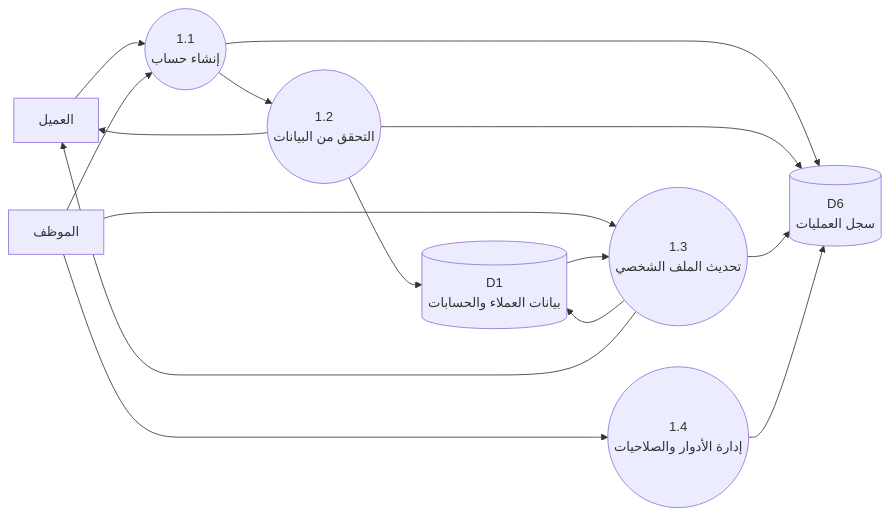
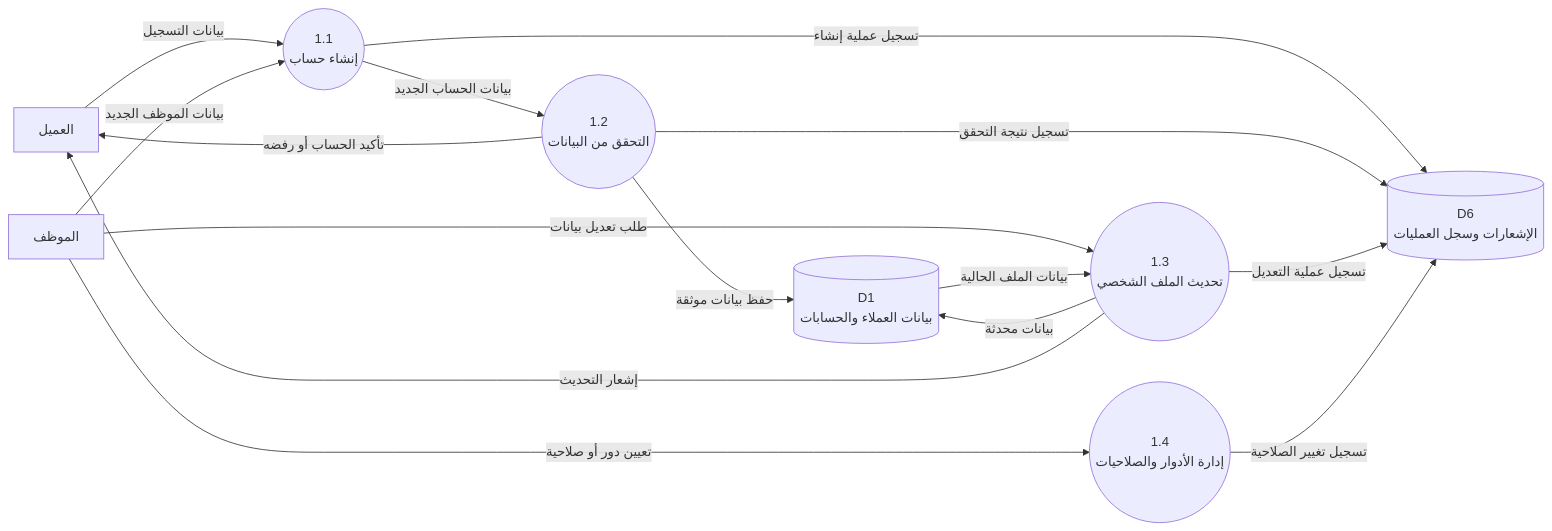
One commit to mosaa65/erp changed the second of 5 diagrams in READMEe.md. Above: the diagram before and after it, drawn with Mermaid. The commit also changed other lines of this file, not shown here.

````diff
--- a/READMEe.md
+++ b/READMEe.md
@@ -102,24 +94,27 @@
 ```mermaid
 flowchart LR
     C[العميل]
     E[الموظف]
     D1[(D1<br/>بيانات العملاء والحسابات)]
-    D6[(D6<br/>سجل العمليات)]
+    D6[(D6<br/>الإشعارات وسجل العمليات)]
 
     P11((1.1<br/>إنشاء حساب))
     P12((1.2<br/>التحقق من البيانات))
     P13((1.3<br/>تحديث الملف الشخصي))
     P14((1.4<br/>إدارة الأدوار والصلاحيات))
 
-    C --> P11 --> P12 --> D1
-    E --> P11
-    E --> P13
-    E --> P14
-    D1 --> P13 --> D1
-    P11 --> D6
-    P12 --> D6
-    P13 --> D6
-    P14 --> D6
-    P12 --> C
-    P13 --> C
+    C -- بيانات التسجيل --> P11
+    E -- بيانات الموظف الجديد --> P11
+    P11 -- بيانات الحساب الجديد --> P12
+    P12 -- تأكيد الحساب أو رفضه --> C
+    P12 -- حفظ بيانات موثقة --> D1
+    E -- طلب تعديل بيانات --> P13
+    D1 -- بيانات الملف الحالية --> P13
+    P13 -- بيانات محدثة --> D1
+    P13 -- إشعار التحديث --> C
+    E -- تعيين دور أو صلاحية --> P14
+    P11 -- تسجيل عملية إنشاء --> D6
+    P12 -- تسجيل نتيجة التحقق --> D6
+    P13 -- تسجيل عملية التعديل --> D6
+    P14 -- تسجيل تغيير الصلاحية --> D6
 ```
````
